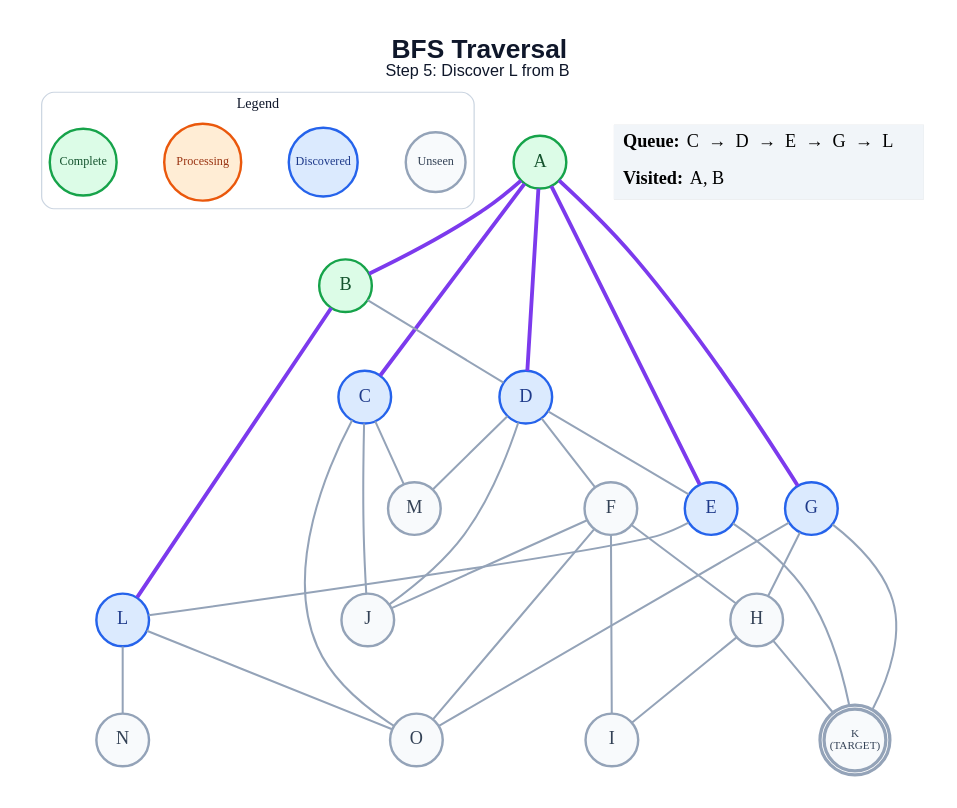
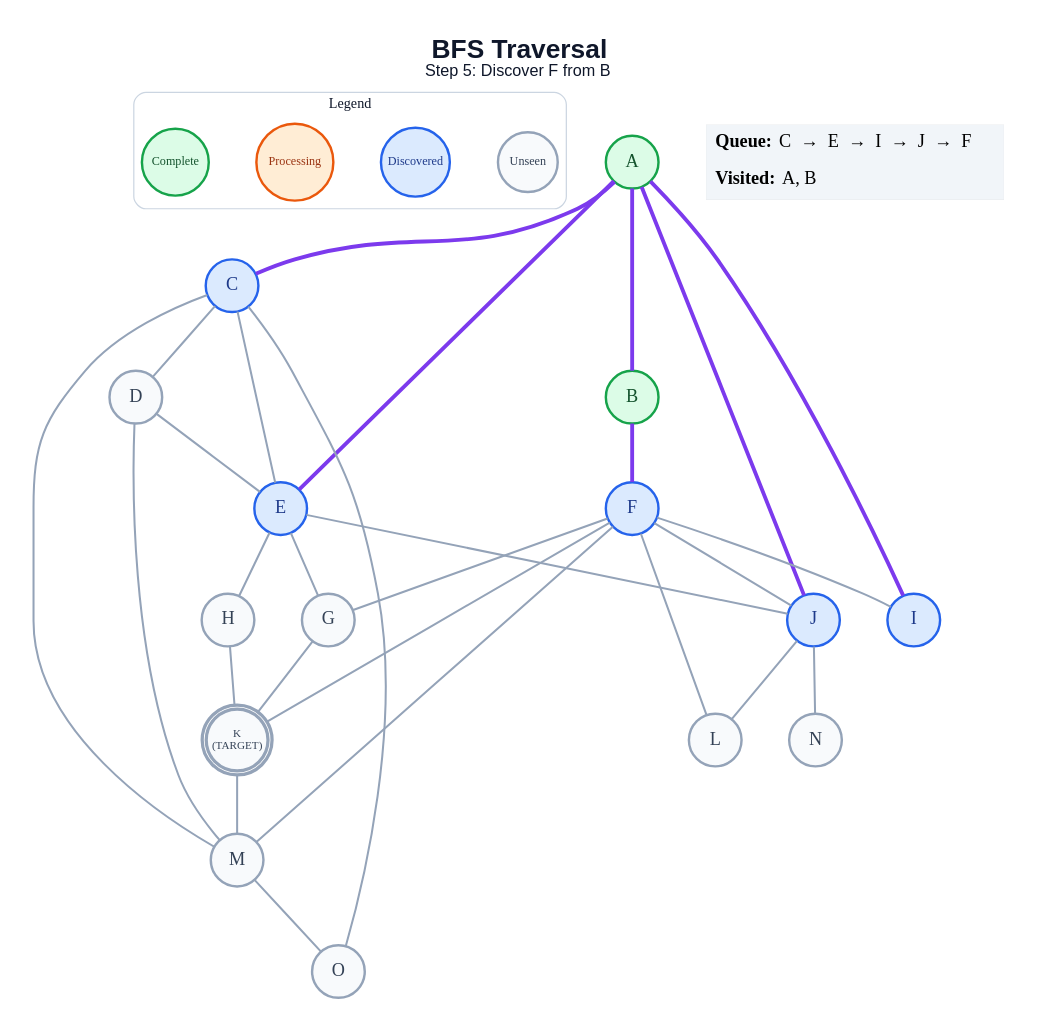
One commit to anon7238593-create/ai-slop changed the diagram in generated/short-circuit/bfs/step_05.dot. Above: the diagram before and after it, drawn with Graphviz. The commit also changed 278 other files, not shown here.

```diff
--- a/generated/short-circuit/bfs/step_05.dot
+++ b/generated/short-circuit/bfs/step_05.dot
@@ -1,61 +1,61 @@
 graph traversal {
   graph [layout=dot, rankdir=TB, bgcolor="#FFFFFF", pad="0.35", nodesep="0.65", ranksep="0.8", fontname="Arial"];
   node [shape=circle, style="filled", fontname="Arial Bold", fontsize=18, width=0.72, fixedsize=true, penwidth=2.4];
   edge [color="#94A3B8", penwidth=2.0];
-  label=<<B>BFS Traversal</B><BR/><FONT POINT-SIZE="16">Step 5: Discover L from B</FONT>>; labelloc="t"; fontsize=26; fontname="Arial"; fontcolor="#0F172A";
+  label=<<B>BFS Traversal</B><BR/><FONT POINT-SIZE="16">Step 5: Discover F from B</FONT>>; labelloc="t"; fontsize=26; fontname="Arial"; fontcolor="#0F172A";
   subgraph cluster_legend { label="Legend"; color="#CBD5E1"; penwidth=1.2; style="rounded"; fontsize=14; fontname="Arial Bold";
     key_unseen [label="Unseen", fillcolor="#F8FAFC", color="#94A3B8", fontcolor="#334155", fontsize=12, width=0.82];
     key_frontier [label="Discovered", fillcolor="#DBEAFE", color="#2563EB", fontcolor="#1E3A8A", fontsize=12, width=0.95];
     key_current [label="Processing", fillcolor="#FFEDD5", color="#EA580C", fontcolor="#9A3412", fontsize=12, width=1.05];
     key_done [label="Complete", fillcolor="#DCFCE7", color="#16A34A", fontcolor="#14532D", fontsize=12, width=0.92];
     { rank=same; key_unseen; key_frontier; key_current; key_done; }
   }
   A [label="A", fillcolor="#DCFCE7", color="#16A34A", fontcolor="#14532D", peripheries=1, penwidth=2.4];
   B [label="B", fillcolor="#DCFCE7", color="#16A34A", fontcolor="#14532D", peripheries=1, penwidth=2.4];
   C [label="C", fillcolor="#DBEAFE", color="#2563EB", fontcolor="#1E3A8A", peripheries=1, penwidth=2.4];
-  D [label="D", fillcolor="#DBEAFE", color="#2563EB", fontcolor="#1E3A8A", peripheries=1, penwidth=2.4];
+  D [label="D", fillcolor="#F8FAFC", color="#94A3B8", fontcolor="#334155", peripheries=1, penwidth=2.4];
   E [label="E", fillcolor="#DBEAFE", color="#2563EB", fontcolor="#1E3A8A", peripheries=1, penwidth=2.4];
-  F [label="F", fillcolor="#F8FAFC", color="#94A3B8", fontcolor="#334155", peripheries=1, penwidth=2.4];
-  G [label="G", fillcolor="#DBEAFE", color="#2563EB", fontcolor="#1E3A8A", peripheries=1, penwidth=2.4];
+  F [label="F", fillcolor="#DBEAFE", color="#2563EB", fontcolor="#1E3A8A", peripheries=1, penwidth=2.4];
+  G [label="G", fillcolor="#F8FAFC", color="#94A3B8", fontcolor="#334155", peripheries=1, penwidth=2.4];
   H [label="H", fillcolor="#F8FAFC", color="#94A3B8", fontcolor="#334155", peripheries=1, penwidth=2.4];
-  I [label="I", fillcolor="#F8FAFC", color="#94A3B8", fontcolor="#334155", peripheries=1, penwidth=2.4];
-  J [label="J", fillcolor="#F8FAFC", color="#94A3B8", fontcolor="#334155", peripheries=1, penwidth=2.4];
+  I [label="I", fillcolor="#DBEAFE", color="#2563EB", fontcolor="#1E3A8A", peripheries=1, penwidth=2.4];
+  J [label="J", fillcolor="#DBEAFE", color="#2563EB", fontcolor="#1E3A8A", peripheries=1, penwidth=2.4];
   K [label="K\n(TARGET)", fillcolor="#F8FAFC", color="#94A3B8", fontcolor="#334155", peripheries=2, penwidth=3.2, fontsize=11, width=0.85, height=0.85];
-  L [label="L", fillcolor="#DBEAFE", color="#2563EB", fontcolor="#1E3A8A", peripheries=1, penwidth=2.4];
+  L [label="L", fillcolor="#F8FAFC", color="#94A3B8", fontcolor="#334155", peripheries=1, penwidth=2.4];
   M [label="M", fillcolor="#F8FAFC", color="#94A3B8", fontcolor="#334155", peripheries=1, penwidth=2.4];
   N [label="N", fillcolor="#F8FAFC", color="#94A3B8", fontcolor="#334155", peripheries=1, penwidth=2.4];
   O [label="O", fillcolor="#F8FAFC", color="#94A3B8", fontcolor="#334155", peripheries=1, penwidth=2.4];
   A -- B [color="#7C3AED", penwidth=3.8];
   A -- C [color="#7C3AED", penwidth=3.8];
-  A -- D [color="#7C3AED", penwidth=3.8];
   A -- E [color="#7C3AED", penwidth=3.8];
-  A -- G [color="#7C3AED", penwidth=3.8];
-  B -- D;
-  B -- L [color="#7C3AED", penwidth=3.8];
-  C -- J;
+  A -- I [color="#7C3AED", penwidth=3.8];
+  A -- J [color="#7C3AED", penwidth=3.8];
+  B -- F [color="#7C3AED", penwidth=3.8];
+  C -- D;
+  C -- E;
   C -- M;
   C -- O;
   D -- E;
-  D -- F;
-  D -- J;
   D -- M;
-  E -- K;
-  E -- L;
-  F -- H;
+  E -- G;
+  E -- H;
+  E -- J;
+  F -- G;
   F -- I;
   F -- J;
-  F -- O;
-  G -- H;
+  F -- K;
+  F -- L;
+  F -- M;
   G -- K;
-  G -- O;
-  H -- I;
   H -- K;
-  L -- N;
-  L -- O;
+  J -- L;
+  J -- N;
+  K -- M;
+  M -- O;
   status [shape=plain, fixedsize=false, width=0, height=0, margin=0, label=<
     <TABLE BORDER="0" CELLBORDER="0" CELLPADDING="7" BGCOLOR="#F1F5F9">
-      <TR><TD ALIGN="LEFT"><B>Queue:</B> C  →  D  →  E  →  G  →  L</TD></TR>
+      <TR><TD ALIGN="LEFT"><B>Queue:</B> C  →  E  →  I  →  J  →  F</TD></TR>
       <TR><TD ALIGN="LEFT"><B>Visited:</B> A, B</TD></TR>
     </TABLE>
   >];
 }
```
